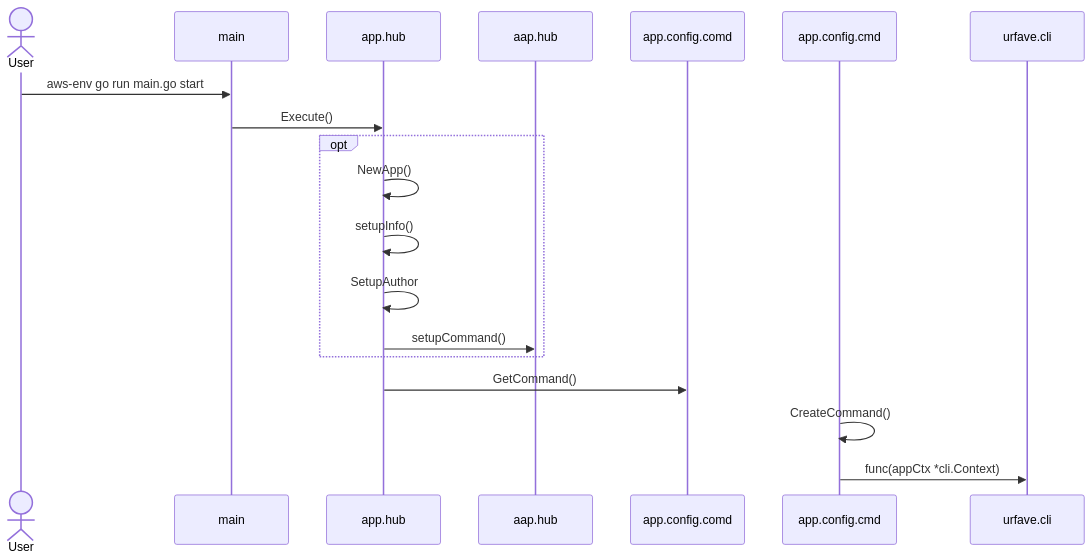
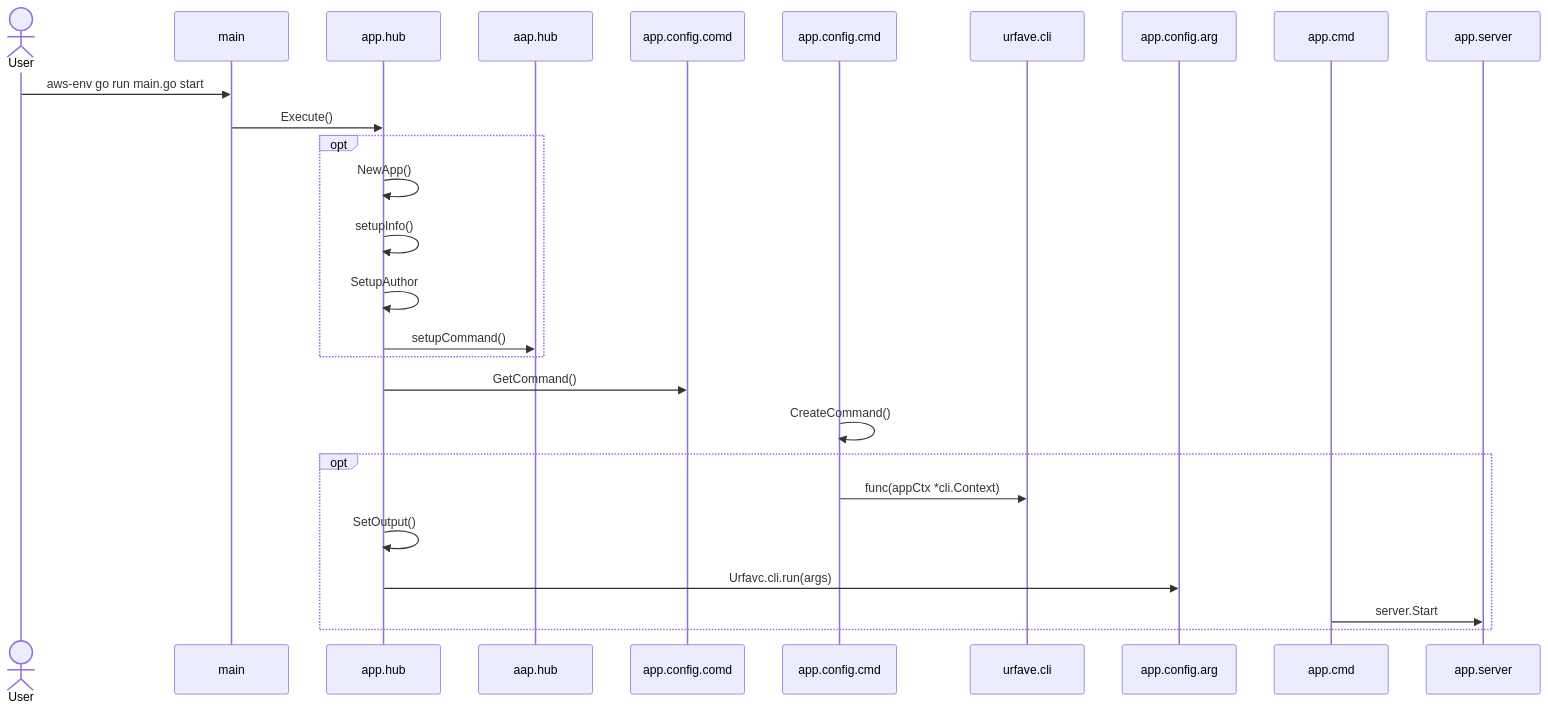
One commit to rajasoun/aws-hub changed the diagram in test/e2e/ajith/e2e.md. Above: the diagram before and after it, drawn with Mermaid.

Commit message:
docs(adding-new-md-file): adding new generated e2e.md file

````diff
--- a/test/e2e/ajith/e2e.md
+++ b/test/e2e/ajith/e2e.md
@@ -1,17 +1,22 @@
 ```mermaid
 
 sequenceDiagram
 	actor User
  	 	User  ->>  main : aws-env go run main.go start
  	 	main  ->>  app.hub : Execute()
-	opt
+		opt
  		 	app.hub  ->>  app.hub : NewApp()
  		 	app.hub  ->>  app.hub : setupInfo()
  		 	app.hub  ->>  app.hub : SetupAuthor
  		 	app.hub  ->>  aap.hub : setupCommand()
-	end
+		end
  	 	app.hub  ->>  app.config.comd : GetCommand()
  	 	app.config.cmd  ->>  app.config.cmd : CreateCommand()
+	opt
  	 	app.config.cmd ->> urfave.cli : func(appCtx *cli.Context)
+ 	 	app.hub ->> app.hub : SetOutput()
+ 	 	app.hub ->> app.config.arg : Urfavc.cli.run(args)
+ 	 	app.cmd ->> app.server : server.Start
+	end
 
 ```
````
